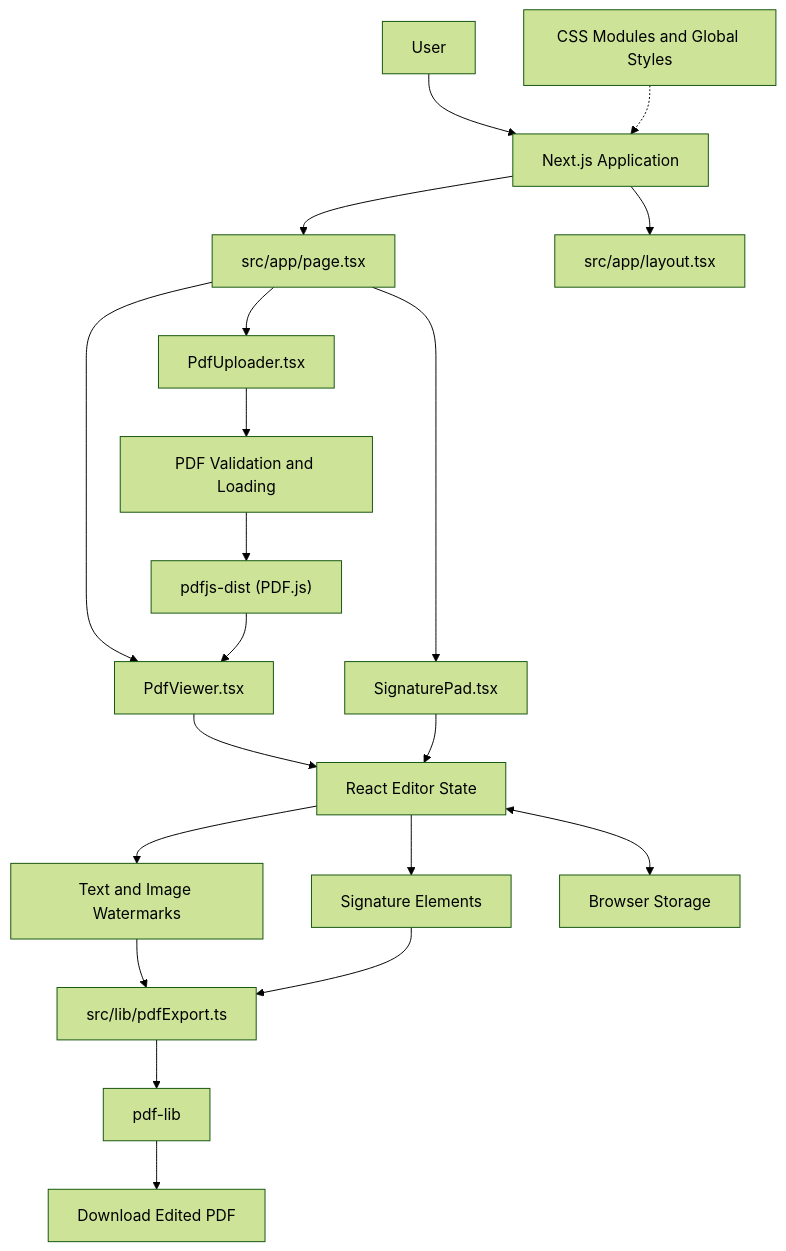
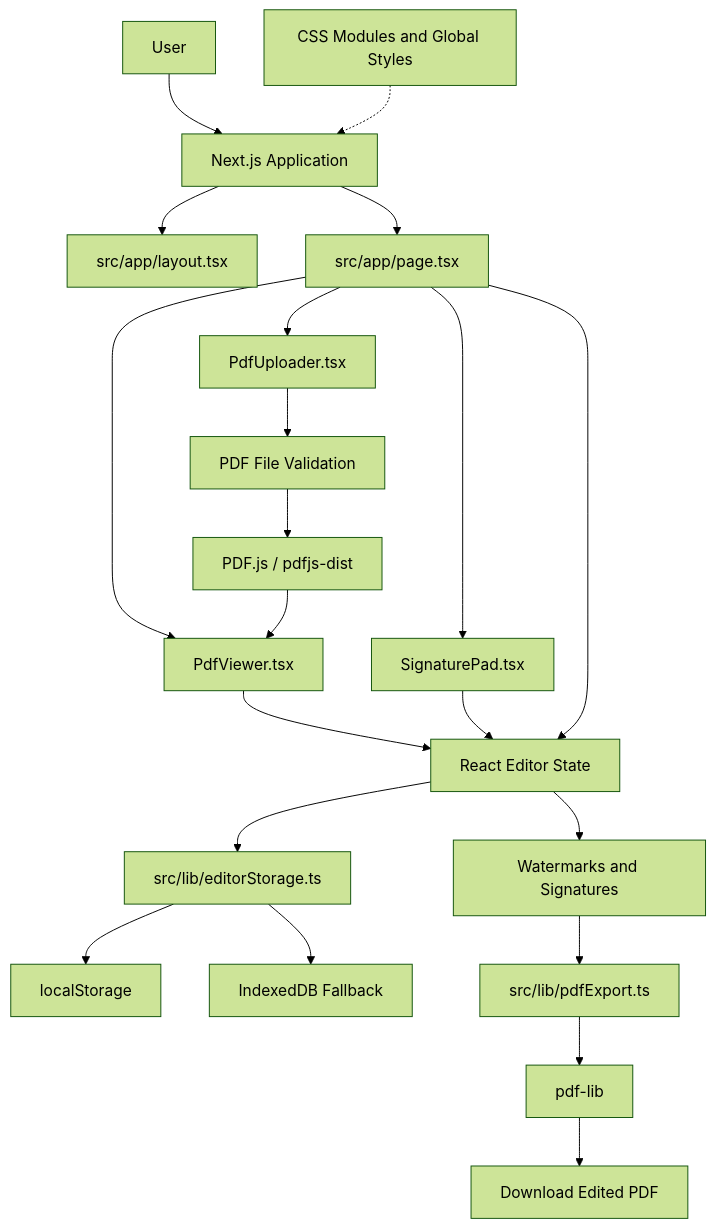
One commit to ADEEB172/docucraft changed the diagram in docs/architecture.md. Above: the diagram before and after it, drawn with Mermaid (forest theme). The commit also changed other lines of this file and 7 other files, not shown here.

````diff
--- a/docs/architecture.md
+++ b/docs/architecture.md
@@ -21,31 +30,30 @@
 ```mermaid
 flowchart TD
-    U["User"] --> APP["Next.js Application"]
+    USER["User"] --> APP["Next.js Application"]
+    APP --> LAYOUT["src/app/layout.tsx"]
+    APP --> PAGE["src/app/page.tsx"]
 
-    APP --> PAGE["src/app/page.tsx"]
-    APP --> LAYOUT["src/app/layout.tsx"]
-
-    PAGE --> UPLOAD["PdfUploader.tsx"]
+    PAGE --> UPLOADER["PdfUploader.tsx"]
     PAGE --> VIEWER["PdfViewer.tsx"]
     PAGE --> SIGN["SignaturePad.tsx"]
 
-    UPLOAD --> VALIDATE["PDF Validation and Loading"]
-    VALIDATE --> PDFJS["pdfjs-dist (PDF.js)"]
+    UPLOADER --> VALIDATE["PDF File Validation"]
+    VALIDATE --> PDFJS["PDF.js / pdfjs-dist"]
     PDFJS --> VIEWER
 
     VIEWER --> STATE["React Editor State"]
     SIGN --> STATE
+    PAGE --> STATE
 
-    STATE --> WATERMARK["Text and Image Watermarks"]
-    STATE --> SIGNATURE["Signature Elements"]
+    STATE --> MARKS["Watermarks and Signatures"]
+    STATE --> STORAGE["src/lib/editorStorage.ts"]
 
-    WATERMARK --> EXPORT["src/lib/pdfExport.ts"]
-    SIGNATURE --> EXPORT
+    STORAGE --> LOCAL["localStorage"]
+    STORAGE --> IDB["IndexedDB Fallback"]
 
+    MARKS --> EXPORT["src/lib/pdfExport.ts"]
     EXPORT --> PDFLIB["pdf-lib"]
     PDFLIB --> DOWNLOAD["Download Edited PDF"]
 
-    STATE <--> STORAGE["Browser Storage"]
-
     CSS["CSS Modules and Global Styles"] -.-> APP
 ```
````
